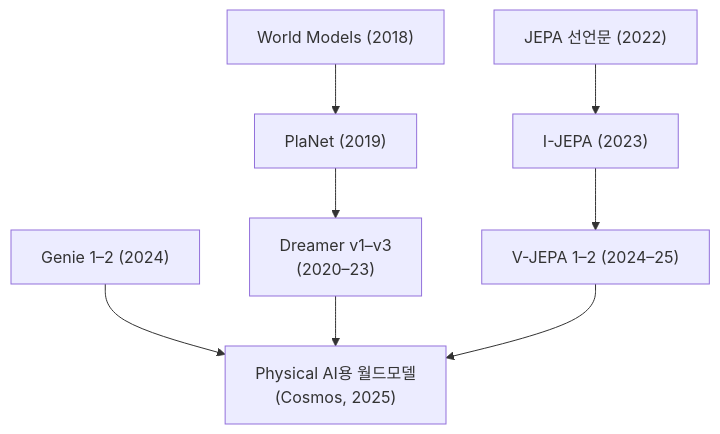
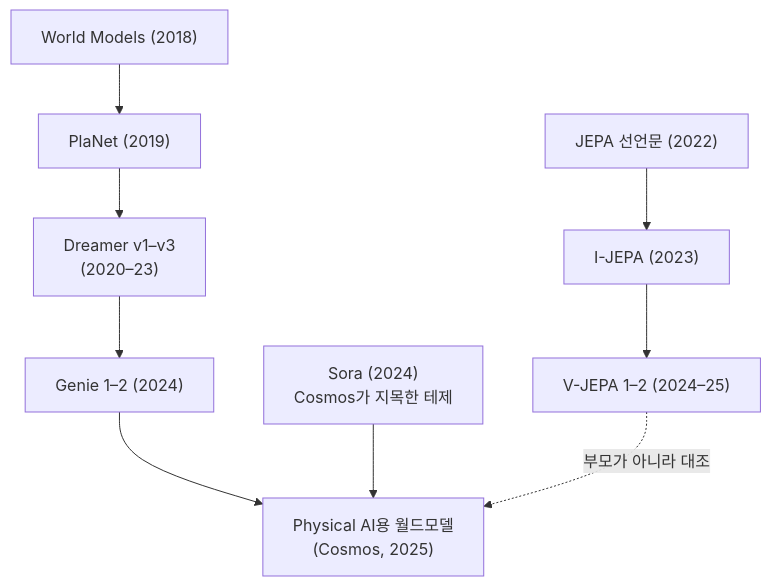
Diagram 12 of 12 in content/03-deep-learning/lineage.md (jiseop-byeon/phd-wiki), drawn with Mermaid before and after one commit. The commit also changed other lines of this file, not shown here.

````diff
--- a/content/03-deep-learning/lineage.md
+++ b/content/03-deep-learning/lineage.md
@@ -205,10 +208,11 @@
 ```mermaid
 graph TD
     WM["World Models (2018)"] --> PlaNet["PlaNet (2019)"]
     PlaNet --> Dreamer["Dreamer v1–v3<br/>(2020–23)"]
     JEPA["JEPA 선언문 (2022)"] --> IJEPA["I-JEPA (2023)"]
     IJEPA --> VJEPA["V-JEPA 1–2 (2024–25)"]
-    Genie["Genie 1–2 (2024)"] --> PhysAI["Physical AI용 월드모델<br/>(Cosmos, 2025)"]
-    Dreamer --> PhysAI
-    VJEPA --> PhysAI
+    Dreamer --> Genie["Genie 1–2 (2024)"]
+    Genie --> PhysAI["Physical AI용 월드모델<br/>(Cosmos, 2025)"]
+    Sora["Sora (2024)<br/>Cosmos가 지목한 테제"] --> PhysAI
+    VJEPA -. "부모가 아니라 대조" .-> PhysAI
 ```
````
